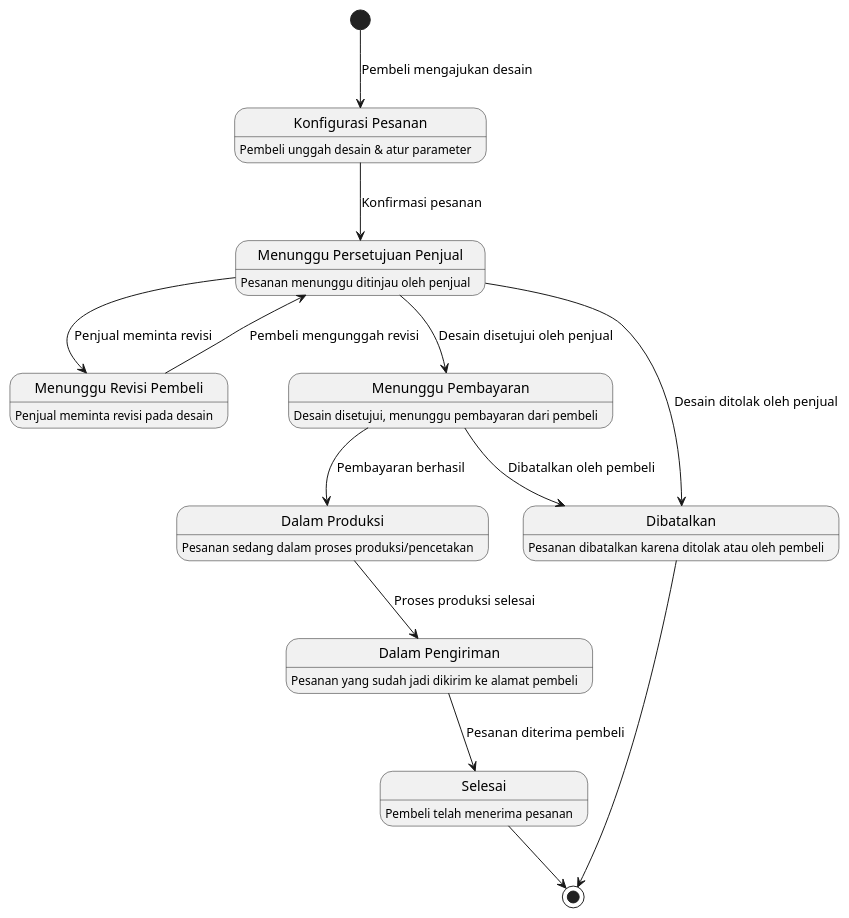
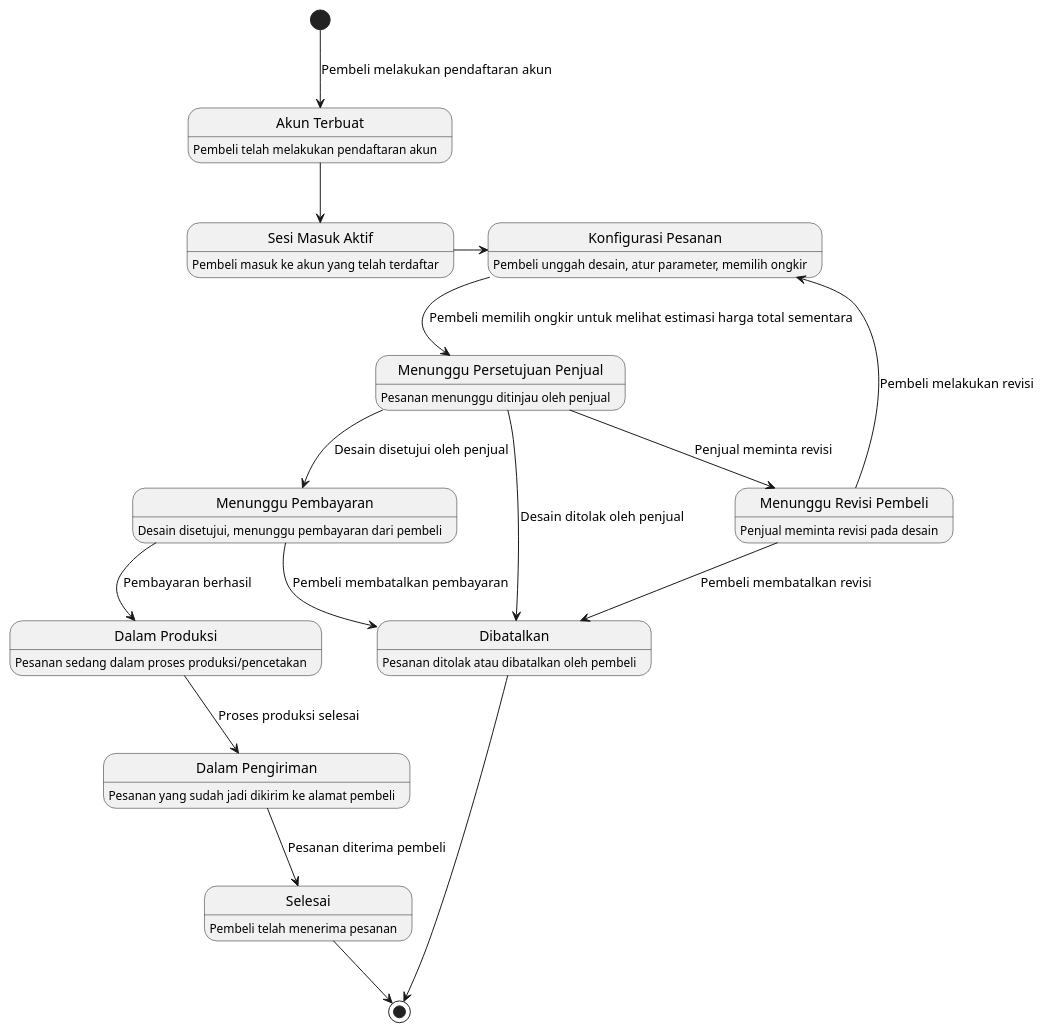
Before and after one commit to stnDinus/skpl-rkpl-diagrams: the diagram in state.puml, drawn with PlantUML.

Commit message:
feat: update state diagram

```diff
--- a/state.puml
+++ b/state.puml
@@ -1,30 +1,35 @@
 @startuml
 skinparam backgroundColor transparent
-state "Konfigurasi Pesanan" as Konfigurasi : Pembeli unggah desain & atur parameter
+state "Akun Terbuat" as Registrasi: Pembeli telah melakukan pendaftaran akun
+state "Sesi Masuk Aktif" as Masuk: Pembeli masuk ke akun yang telah terdaftar
+state "Konfigurasi Pesanan" as Konfigurasi : Pembeli unggah desain, atur parameter, memilih ongkir
 state "Menunggu Persetujuan Penjual" as MenungguPersetujuan : Pesanan menunggu ditinjau oleh penjual
 state "Menunggu Revisi Pembeli" as MenungguRevisi : Penjual meminta revisi pada desain
 state "Menunggu Pembayaran" as MenungguBayar : Desain disetujui, menunggu pembayaran dari pembeli
 state "Dalam Produksi" as Produksi : Pesanan sedang dalam proses produksi/pencetakan
 state "Dalam Pengiriman" as Pengiriman : Pesanan yang sudah jadi dikirim ke alamat pembeli
 state "Selesai" as Selesai : Pembeli telah menerima pesanan
-state "Dibatalkan" as Dibatalkan : Pesanan dibatalkan karena ditolak atau oleh pembeli
+state "Dibatalkan" as Dibatalkan : Pesanan ditolak atau dibatalkan oleh pembeli
 
-[*] --> Konfigurasi : Pembeli mengajukan desain
-Konfigurasi --> MenungguPersetujuan : Konfirmasi pesanan
+[*] --> Registrasi: Pembeli melakukan pendaftaran akun
+Registrasi --> Masuk
+Masuk -r-> Konfigurasi
+Konfigurasi --> MenungguPersetujuan : Pembeli memilih ongkir untuk melihat estimasi harga total sementara
 
 MenungguPersetujuan --> MenungguBayar : Desain disetujui oleh penjual
 MenungguPersetujuan --> MenungguRevisi : Penjual meminta revisi
 MenungguPersetujuan --> Dibatalkan : Desain ditolak oleh penjual
 
-MenungguRevisi --> MenungguPersetujuan : Pembeli mengunggah revisi
+MenungguRevisi --> Konfigurasi : Pembeli melakukan revisi
+MenungguRevisi --> Dibatalkan : Pembeli membatalkan revisi
 
 MenungguBayar --> Produksi : Pembayaran berhasil
-MenungguBayar --> Dibatalkan : Dibatalkan oleh pembeli
+MenungguBayar --> Dibatalkan : Pembeli membatalkan pembayaran
 
 Produksi --> Pengiriman : Proses produksi selesai
 Pengiriman --> Selesai : Pesanan diterima pembeli
 
 Selesai --> [*]
 Dibatalkan --> [*]
 
 @enduml
```
